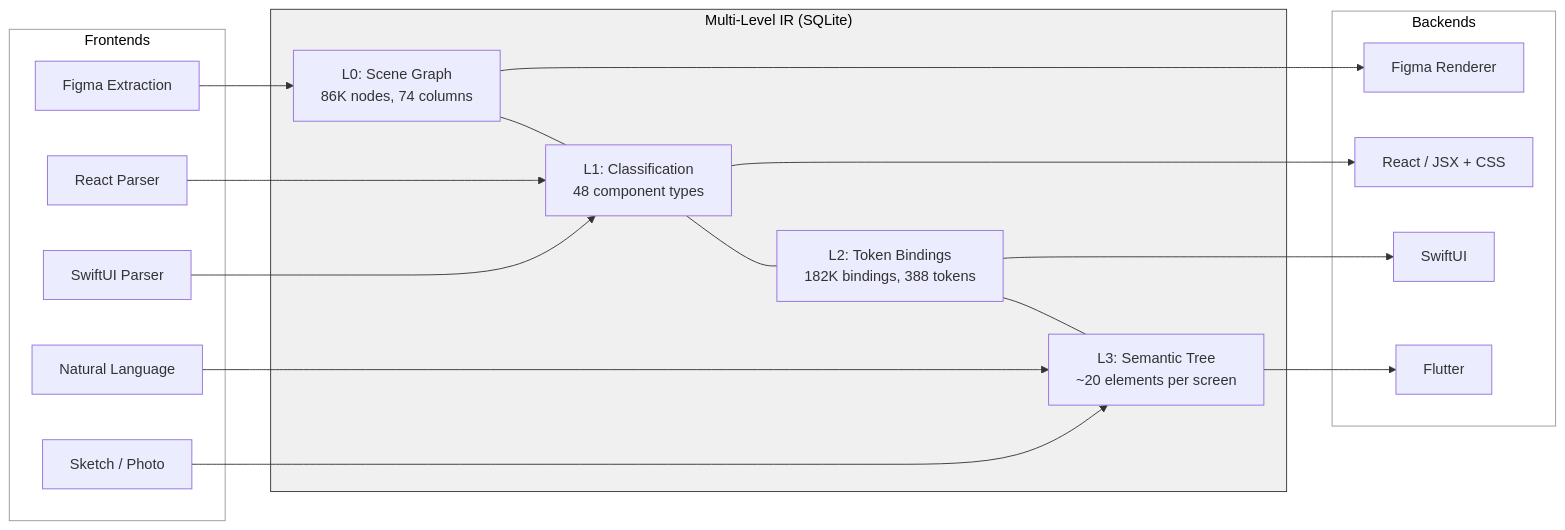
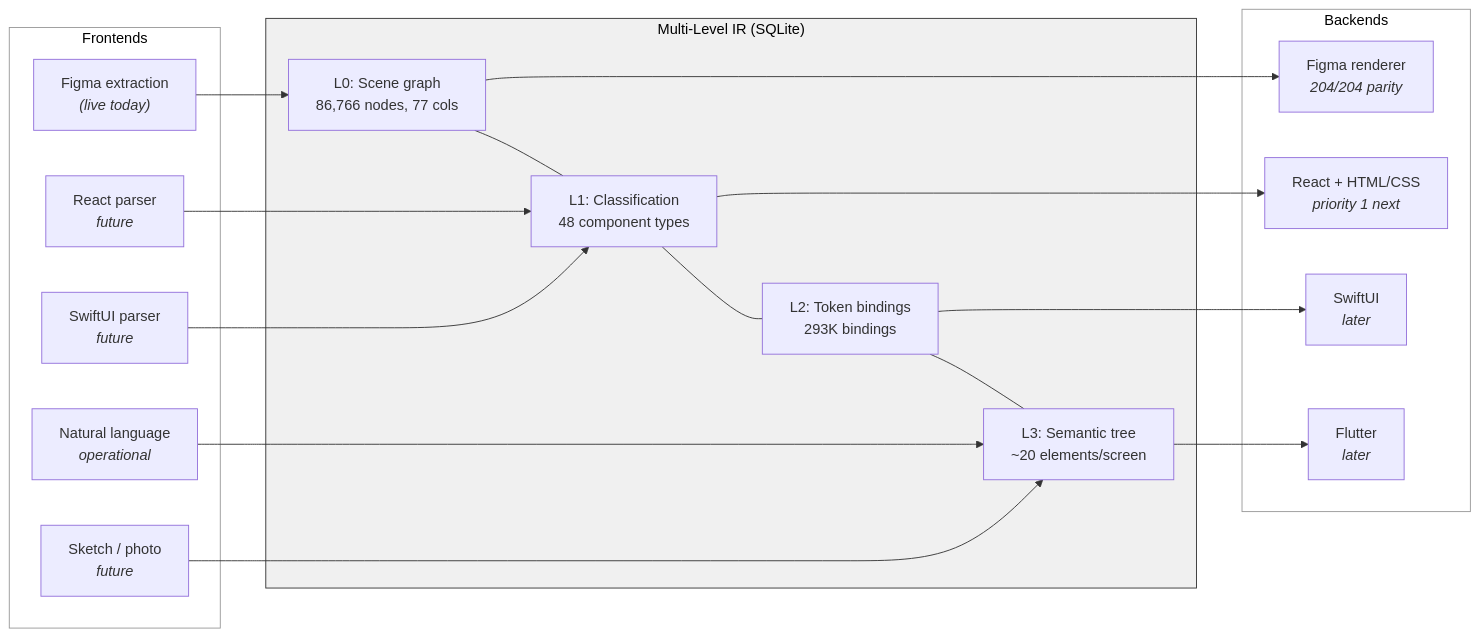
The first of 3 diagrams in README.md (mpacione/declarative), drawn with Mermaid before and after one commit. The commit also changed other lines of this file and 3 other files, not shown here.

````diff
--- a/README.md
+++ b/README.md
@@ -44,40 +26,40 @@
 ```mermaid
 graph LR
     subgraph Frontends
-        F1["Figma Extraction"]
-        F2["Natural Language"]
-        F3["Sketch / Photo"]
-        F4["React Parser"]
-        F5["SwiftUI Parser"]
+        F1["Figma extraction<br/><i>(live today)</i>"]
+        F2["Natural language<br/><i>operational</i>"]
+        F3["Sketch / photo<br/><i>future</i>"]
+        F4["React parser<br/><i>future</i>"]
+        F5["SwiftUI parser<br/><i>future</i>"]
     end
 
     subgraph IR["Multi-Level IR (SQLite)"]
-        L0["L0: Scene Graph<br/>86K nodes, 74 columns"]
+        L0["L0: Scene graph<br/>86,766 nodes, 77 cols"]
         L1["L1: Classification<br/>48 component types"]
-        L2["L2: Token Bindings<br/>182K bindings, 388 tokens"]
-        L3["L3: Semantic Tree<br/>~20 elements per screen"]
+        L2["L2: Token bindings<br/>293K bindings"]
+        L3["L3: Semantic tree<br/>~20 elements/screen"]
         L0 --- L1 --- L2 --- L3
     end
 
     subgraph Backends
-        B1["Figma Renderer"]
-        B2["React / JSX + CSS"]
-        B3["SwiftUI"]
-        B4["Flutter"]
+        B1["Figma renderer<br/><i>204/204 parity</i>"]
+        B2["React + HTML/CSS<br/><i>priority 1 next</i>"]
+        B3["SwiftUI<br/><i>later</i>"]
+        B4["Flutter<br/><i>later</i>"]
     end
 
     F1 --> L0
     F2 --> L3
     F3 --> L3
     F4 --> L1
     F5 --> L1
 
     L0 --> B1
     L1 --> B2
     L2 --> B3
     L3 --> B4
 
     style IR fill:#f0f0f0,color:#000,stroke:#333
     style Frontends fill:#fff,color:#000,stroke:#999
     style Backends fill:#fff,color:#000,stroke:#999
 ```
````
